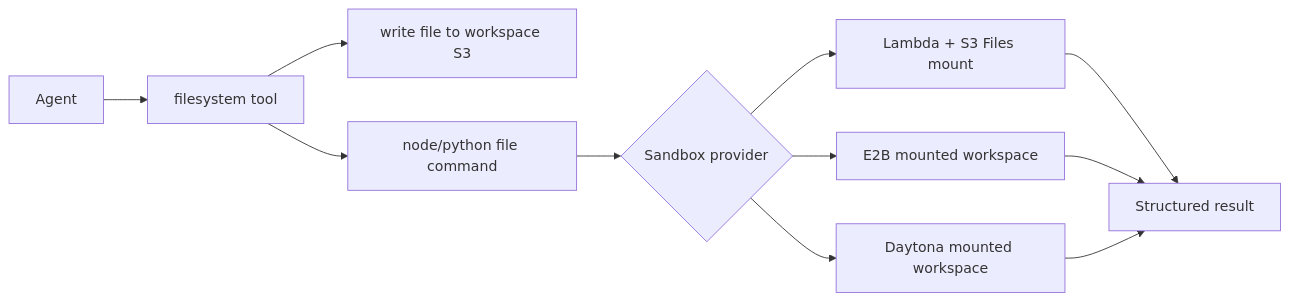
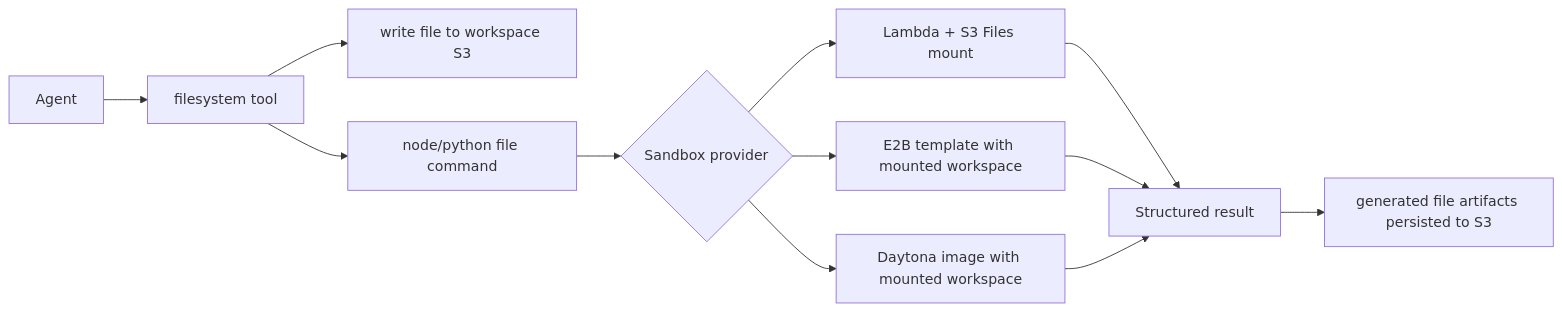
Before and after one commit to beeblastco/broods: the diagram in docs/sandbox.md, drawn with Mermaid. The commit also changed other lines of this file and 24 other files, not shown here.

````diff
--- a/docs/sandbox.md
+++ b/docs/sandbox.md
@@ -5,13 +5,14 @@
 ```mermaid
 flowchart LR
   A[Agent] --> B[filesystem tool]
   B --> C[write file to workspace S3]
   B --> D[node/python file command]
   D --> E{Sandbox provider}
   E --> F[Lambda + S3 Files mount]
-  E --> G[E2B mounted workspace]
-  E --> H[Daytona mounted workspace]
+  E --> G[E2B template with mounted workspace]
+  E --> H[Daytona image with mounted workspace]
   F --> I[Structured result]
   G --> I
   H --> I
+  I --> J[generated file artifacts persisted to S3]
 ```
````
